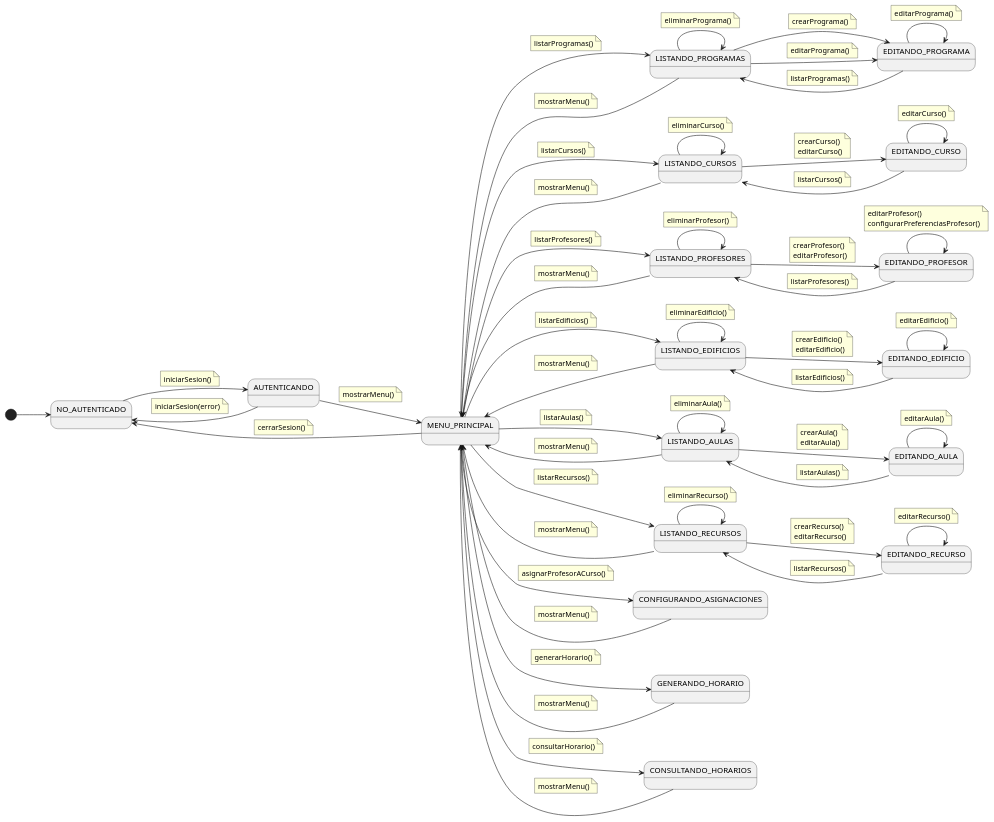
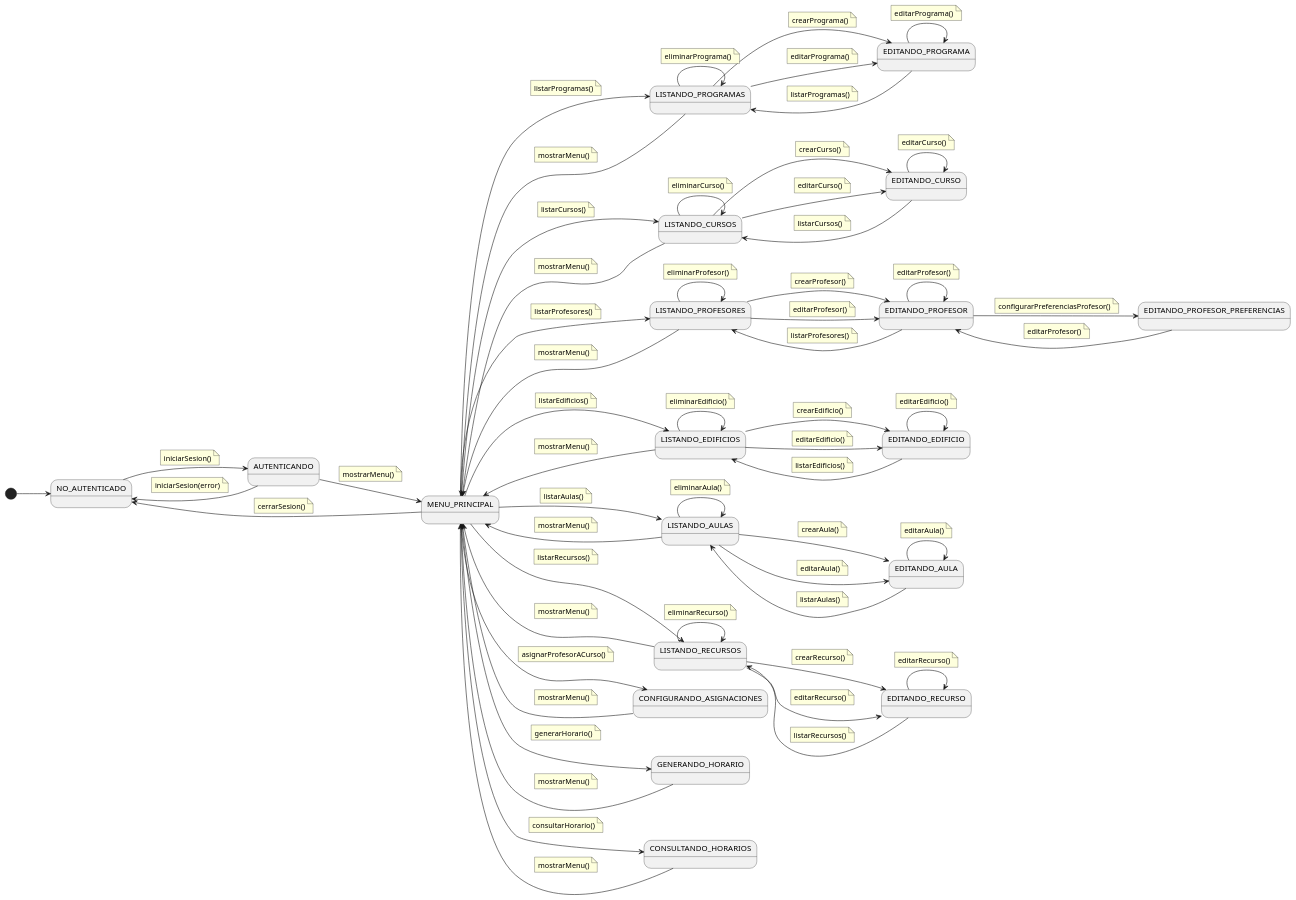
The diagram in 01-Inception/diagrama-contexto/diagrama-contexto-administrador.puml (Hexcss/scheduler), drawn with PlantUML before and after one commit. The commit also changed 2 other files, not shown here.

Commit message:
feat:mejora sustancial al diagrama de contexto del Administrador

```diff
--- a/01-Inception/diagrama-contexto/diagrama-contexto-administrador.puml
+++ b/01-Inception/diagrama-contexto/diagrama-contexto-administrador.puml
@@ -12,6 +12,7 @@
 state "EDITANDO_CURSO" as EditCurso
 state "LISTANDO_PROFESORES" as ListProfesores
 state "EDITANDO_PROFESOR" as EditProfesor
+state "EDITANDO_PROFESOR_PREFERENCIAS" as EditProfesorPreferencias
 state "LISTANDO_EDIFICIOS" as ListEdificios
 state "EDITANDO_EDIFICIO" as EditEdificio
 state "LISTANDO_AULAS" as ListAulas
@@ -118,6 +119,10 @@
 ListCursos --> EditCurso
     note on link
         crearCurso()
+    end note
+
+ListCursos --> EditCurso
+    note on link
         editarCurso()
     end note
 
@@ -139,6 +144,10 @@
 ListProfesores --> EditProfesor
     note on link
         crearProfesor()
+    end note
+
+ListProfesores --> EditProfesor
+    note on link
         editarProfesor()
     end note
 
@@ -150,9 +159,18 @@
 EditProfesor --> EditProfesor
     note on link
         editarProfesor()
+    end note
+
+EditProfesor --> EditProfesorPreferencias
+    note on link
         configurarPreferenciasProfesor()
     end note
 
+EditProfesorPreferencias --> EditProfesor
+    note on link
+        editarProfesor()
+    end note
+    
 EditProfesor --> ListProfesores
     note on link
         listarProfesores()
@@ -161,6 +179,10 @@
 ListEdificios --> EditEdificio
     note on link
         crearEdificio()
+    end note
+
+ListEdificios --> EditEdificio
+    note on link
         editarEdificio()
     end note
 
@@ -182,6 +204,10 @@
 ListAulas --> EditAula
     note on link
         crearAula()
+    end note
+
+ListAulas --> EditAula
+    note on link
         editarAula()
     end note
 
@@ -203,6 +229,10 @@
 ListRecursos --> EditRecurso
     note on link
         crearRecurso()
+    end note
+
+ListRecursos --> EditRecurso
+    note on link
         editarRecurso()
     end note
 
```
